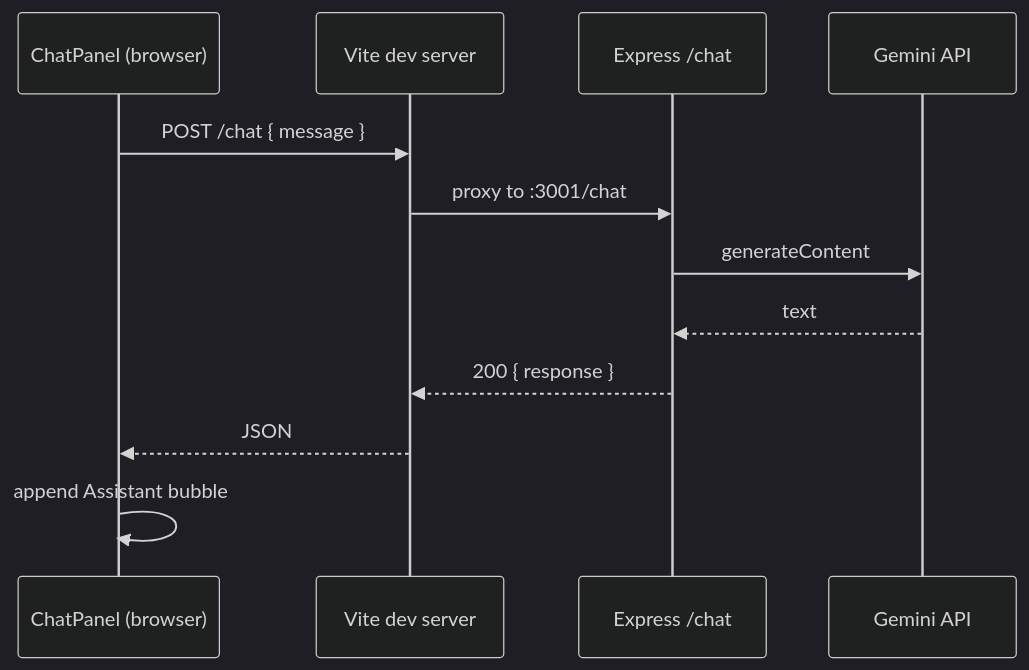
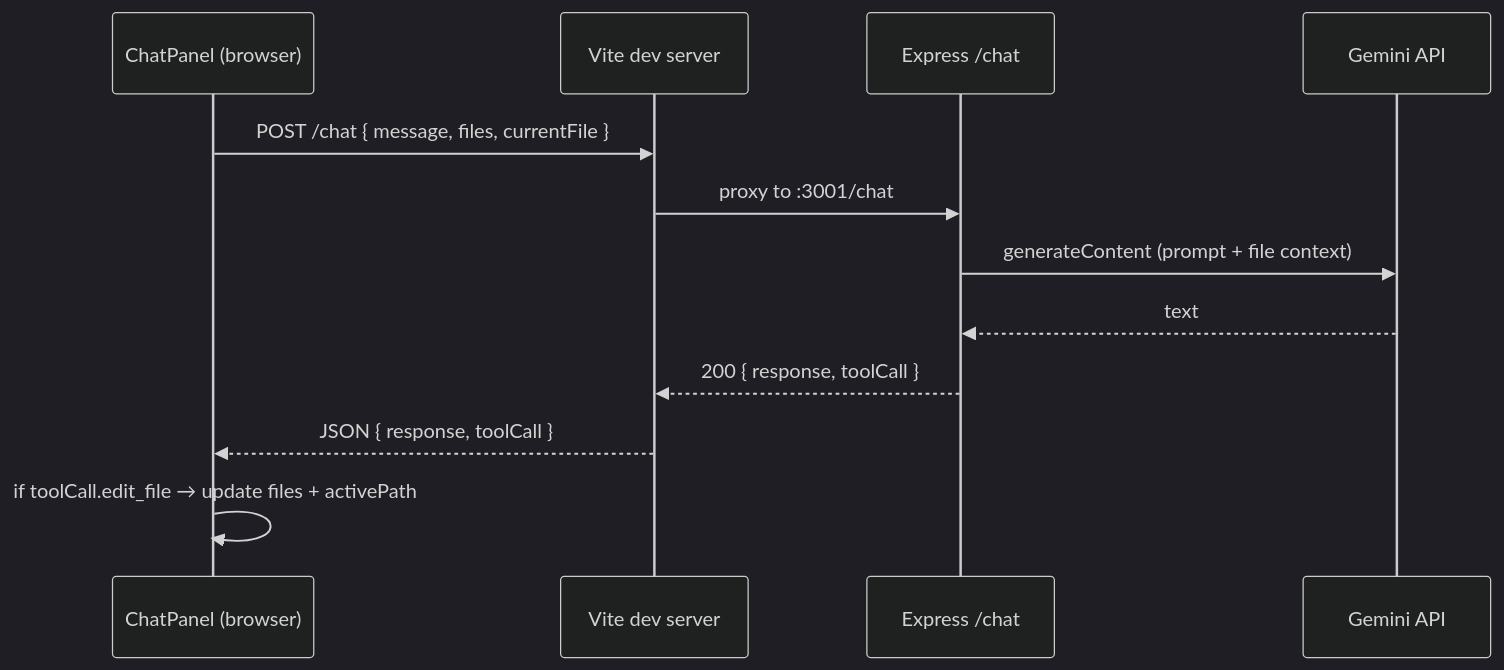
The diagram in README.md (kugloff/coding-with-cursor), drawn with Mermaid (dark theme) before and after one commit. The commit also changed other lines of this file and 6 other files, not shown here.

````diff
--- a/README.md
+++ b/README.md
@@ -119,15 +120,15 @@
 ```mermaid
 sequenceDiagram
   participant UI as ChatPanel (browser)
   participant Vite as Vite dev server
   participant API as Express /chat
   participant Gemini as Gemini API
 
-  UI->>Vite: POST /chat { message }
+  UI->>Vite: POST /chat { message, files, currentFile }
   Vite->>API: proxy to :3001/chat
-  API->>Gemini: generateContent
+  API->>Gemini: generateContent (prompt + file context)
   Gemini-->>API: text
-  API-->>Vite: 200 { response }
-  Vite-->>UI: JSON
-  UI->>UI: append Assistant bubble
+  API-->>Vite: 200 { response, toolCall }
+  Vite-->>UI: JSON { response, toolCall }
+  UI->>UI: if toolCall.edit_file → update files + activePath
 ```
````
